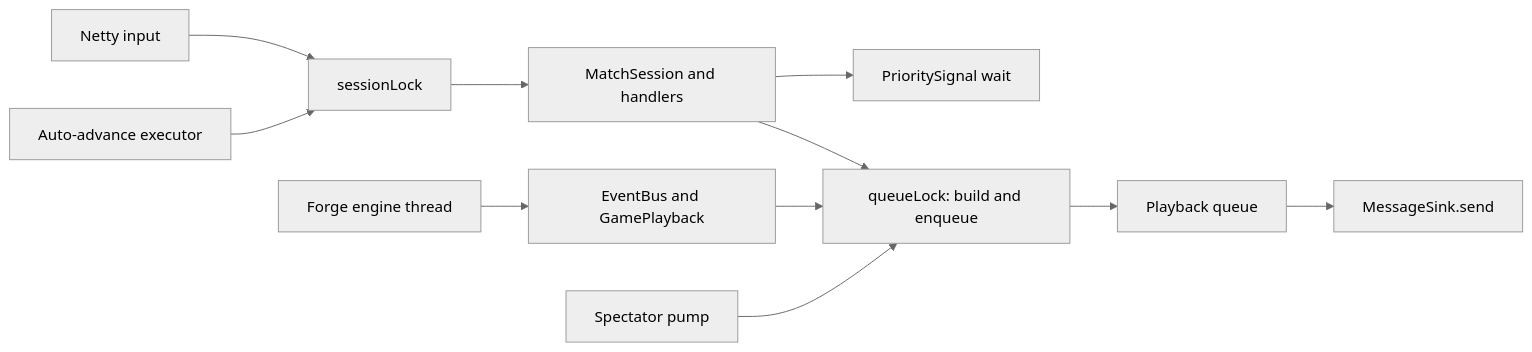
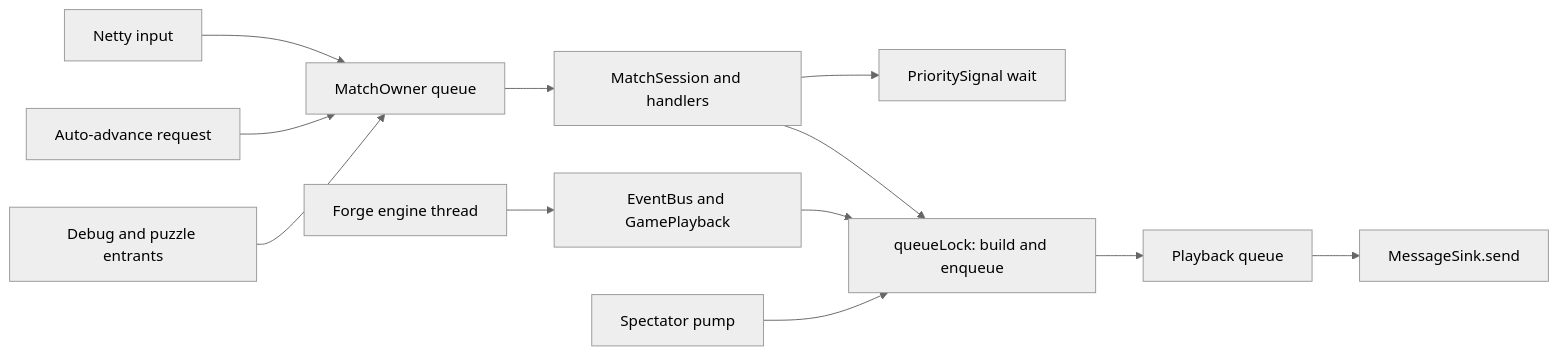
One commit to delebedev/leyline changed the first of 2 diagrams in docs/bridge-threading.md. Above: the diagram before and after it, drawn with Mermaid (neutral theme). The commit also changed other lines of this file and 14 other files, not shown here.

Commit message:
refactor(engine): serialize match session ownership

````diff
--- a/docs/bridge-threading.md
+++ b/docs/bridge-threading.md
@@ -49,14 +55,15 @@
 ```mermaid
 flowchart LR
-    N[Netty input] --> SL[sessionLock]
-    A[Auto-advance executor] --> SL
-    SL --> MS[MatchSession and handlers]
+    N[Netty input] --> OWNER[MatchOwner queue]
+    A[Auto-advance request] --> OWNER
+    D[Debug and puzzle entrants] --> OWNER
+    OWNER --> MS[MatchSession and handlers]
     MS --> WAIT[PrioritySignal wait]
 
     E[Forge engine thread] --> EVT[EventBus and GamePlayback]
     EVT --> QL[queueLock: build and enqueue]
     MS --> QL
     SP[Spectator pump] --> QL
     QL --> Q[Playback queue]
     Q --> SEND[MessageSink.send]
 ```
````
